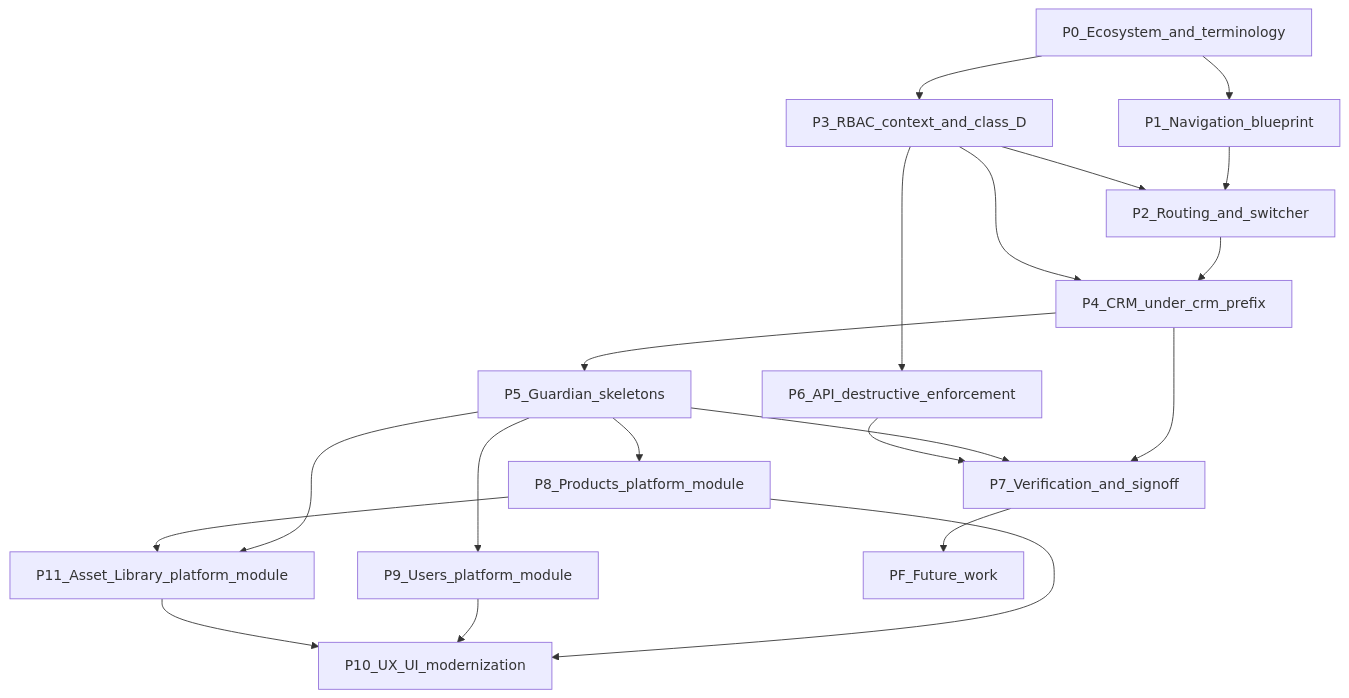
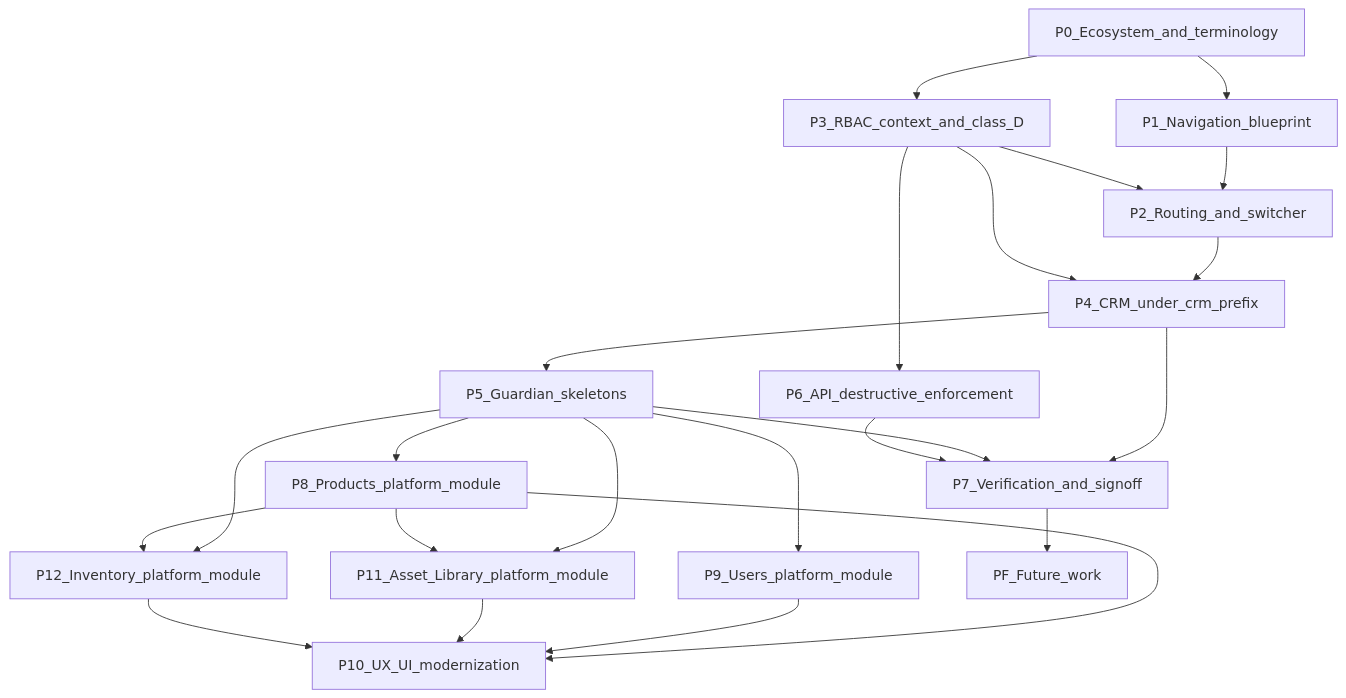
One commit to theabhissengar/clinexa-platform changed the diagram in docs/26-implementation-tracker.md. Above: the diagram before and after it, drawn with Mermaid. The commit also changed other lines of this file and 55 other files, not shown here.

First line of the commit message:
Implement Inventory platform module with ledger-first stock and Guardian admin.

````diff
--- a/docs/26-implementation-tracker.md
+++ b/docs/26-implementation-tracker.md
@@ -322,35 +339,39 @@
 ```mermaid
 flowchart TD
   P0[P0_Ecosystem_and_terminology]
   P1[P1_Navigation_blueprint]
   P3[P3_RBAC_context_and_class_D]
   P2[P2_Routing_and_switcher]
   P4[P4_CRM_under_crm_prefix]
   P5[P5_Guardian_skeletons]
   P6[P6_API_destructive_enforcement]
   P7[P7_Verification_and_signoff]
   P8[P8_Products_platform_module]
   P9[P9_Users_platform_module]
   P11[P11_Asset_Library_platform_module]
+  P12[P12_Inventory_platform_module]
   P10[P10_UX_UI_modernization]
   PF[PF_Future_work]
   P0 --> P1
   P0 --> P3
   P1 --> P2
   P3 --> P2
   P2 --> P4
   P3 --> P4
   P4 --> P5
   P3 --> P6
   P4 --> P7
   P5 --> P7
   P6 --> P7
   P5 --> P8
   P5 --> P9
   P5 --> P11
+  P5 --> P12
   P8 --> P11
+  P8 --> P12
   P8 --> P10
   P9 --> P10
   P11 --> P10
+  P12 --> P10
   P7 --> PF
 ```
````
